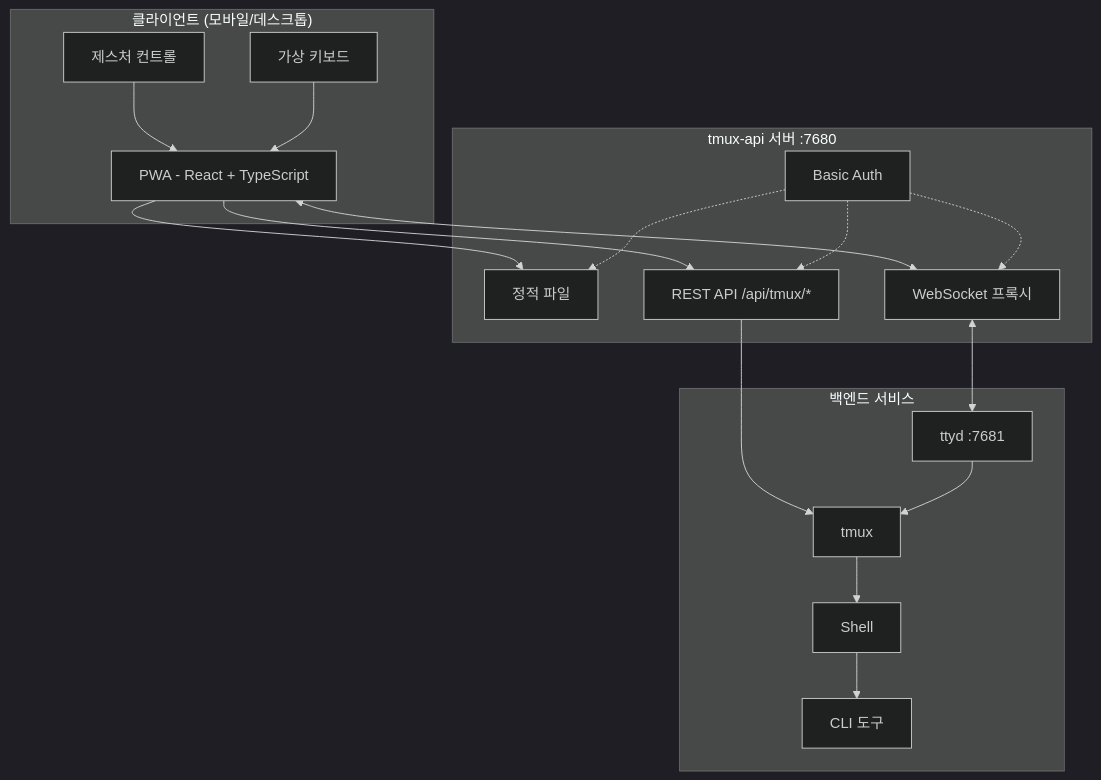
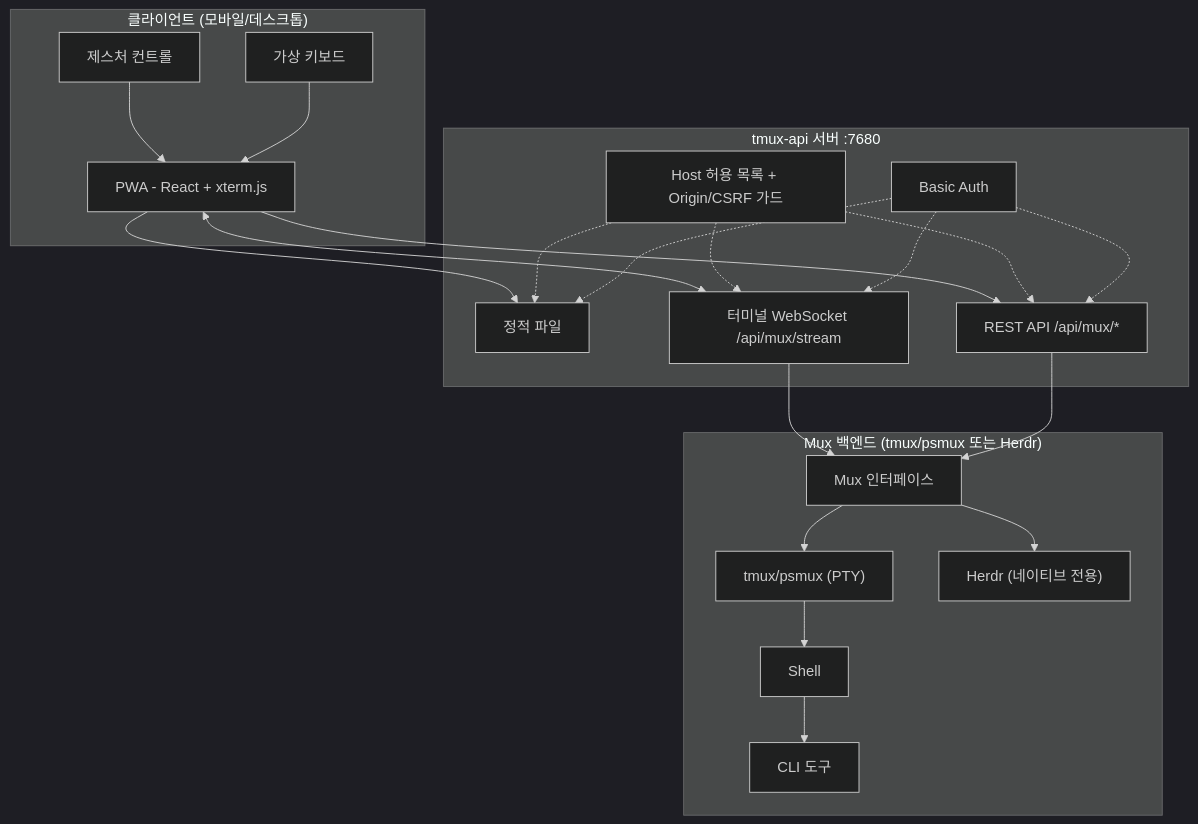
One commit to lamngockhuong/termote changed the first of 2 diagrams in README.ko.md. Above: the diagram before and after it, drawn with Mermaid (dark theme). The commit also changed other lines of this file and 16 other files, not shown here.

````diff
--- a/README.ko.md
+++ b/README.ko.md
@@ -58,32 +59,36 @@
 ```mermaid
 flowchart TB
     subgraph Client["클라이언트 (모바일/데스크톱)"]
-        PWA["PWA - React + TypeScript"]
+        PWA["PWA - React + xterm.js"]
         Gestures["제스처 컨트롤"]
         Keyboard["가상 키보드"]
     end
 
     subgraph Server["tmux-api 서버 :7680"]
         Static["정적 파일"]
-        Proxy["WebSocket 프록시"]
-        API["REST API /api/tmux/*"]
+        Stream["터미널 WebSocket /api/mux/stream"]
+        API["REST API /api/mux/*"]
+        Guard["Host 허용 목록 + Origin/CSRF 가드"]
         Auth["Basic Auth"]
     end
 
-    subgraph Backend["백엔드 서비스"]
-        ttyd["ttyd :7681"]
-        tmux["tmux"]
+    subgraph Backend["Mux 백엔드 (tmux/psmux 또는 Herdr)"]
+        Mux["Mux 인터페이스"]
+        tmux["tmux/psmux (PTY)"]
+        herdr["Herdr (네이티브 전용)"]
         Shell["Shell"]
         Tools["CLI 도구"]
     end
 
     Gestures --> PWA
     Keyboard --> PWA
     PWA --> Static
-    PWA <--> Proxy
+    PWA <--> Stream
     PWA --> API
-    Auth -.-> Static & Proxy & API
-    Proxy <--> ttyd
-    API --> tmux
-    ttyd --> tmux --> Shell --> Tools
+    Guard -.-> Static & Stream & API
+    Auth -.-> Static & Stream & API
+    Stream --> Mux
+    API --> Mux
+    Mux --> tmux & herdr
+    tmux --> Shell --> Tools
 ```
````
